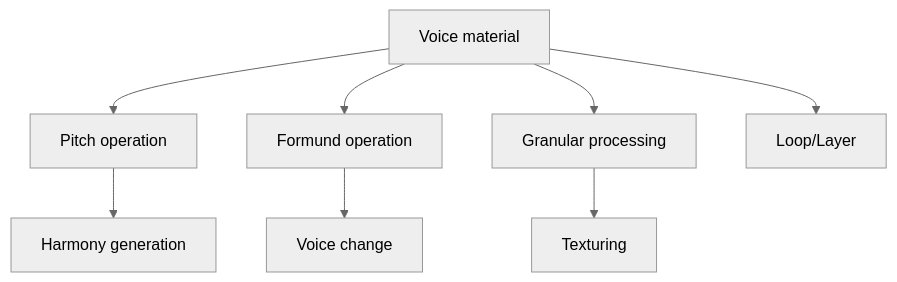
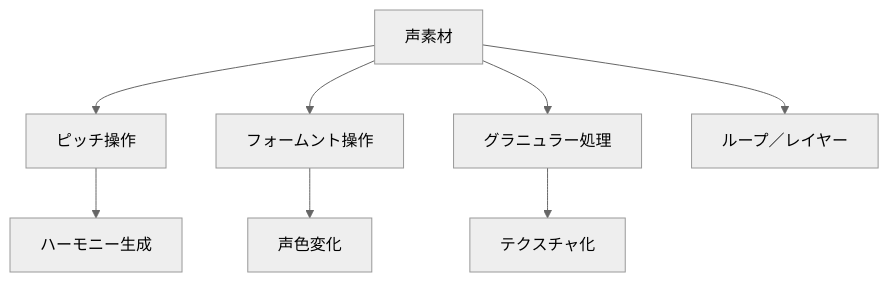
Before and after one commit to monumental-movement/monumental-movement.github.io: the first of 2 diagrams in en/_posts/2025-12-10-column-experimental-vocal-voice-manipulation.md, drawn with Mermaid (neutral theme). The commit also changed other lines of this file and 2196 other files, not shown here.

```diff
--- a/en/_posts/2025-12-10-column-experimental-vocal-voice-manipulation.md
+++ b/en/_posts/2025-12-10-column-experimental-vocal-voice-manipulation.md
@@ -160,11 +159,11 @@
 <div class="mermaid">
 flowchart TD
-    A["Voice material"] --> B["Pitch operation"]
-    A --> C["Formund operation"]
-    A --> D["Granular processing"]
-    A --> E["Loop/Layer"]
+    A["声素材"] --> B["ピッチ操作"]
+    A --> C["フォームント操作"]
+    A --> D["グラニュラー処理"]
+    A --> E["ループ／レイヤー"]
 
-    B --> F["Harmony generation"]
-    C --> G["Voice change"]
-    D --> H["Texturing"]
+    B --> F["ハーモニー生成"]
+    C --> G["声色変化"]
+    D --> H["テクスチャ化"]
 </div>
```
